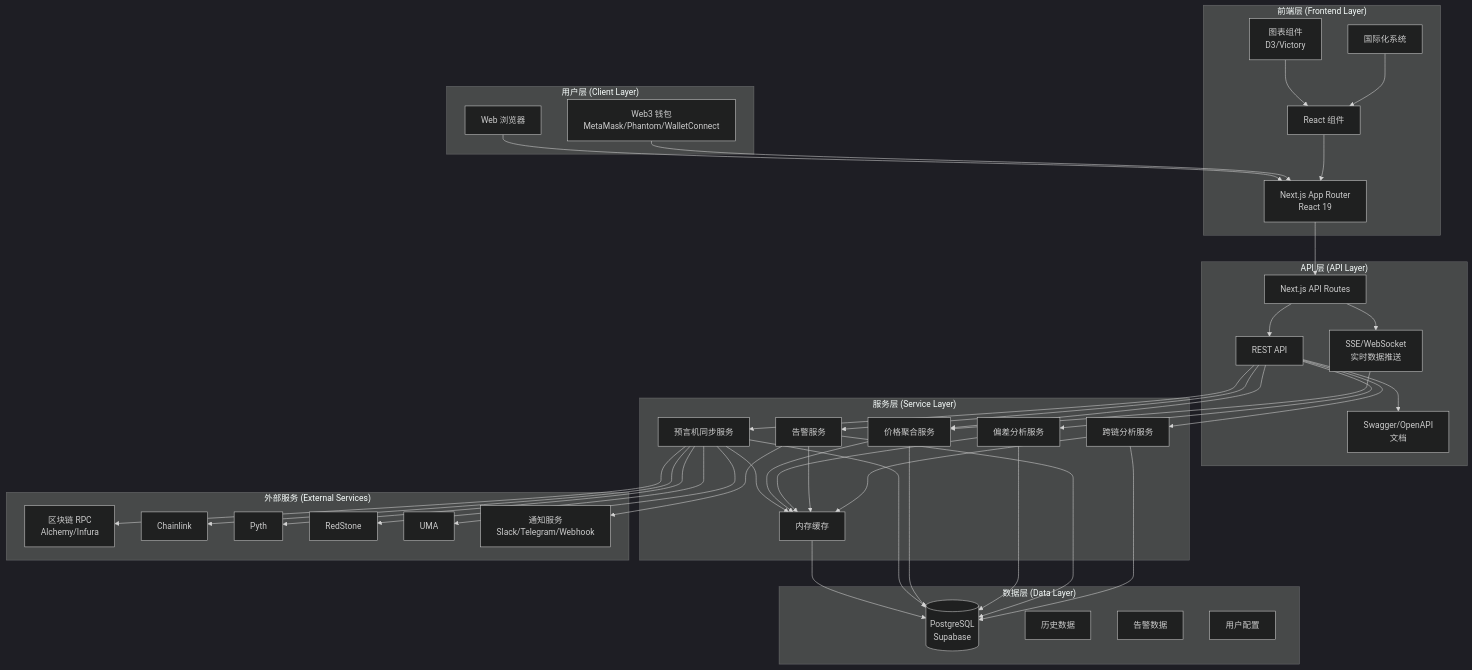
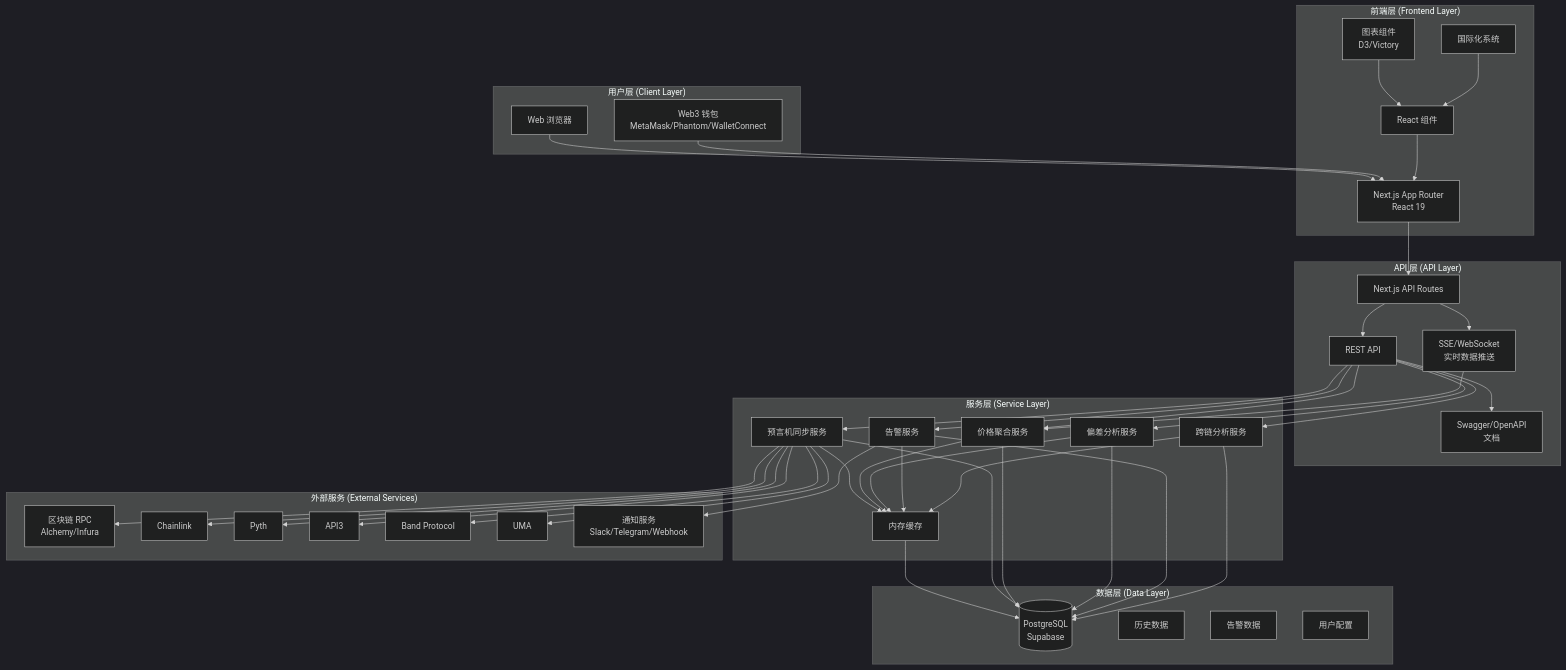
One commit to imokokok/Insight-beta changed the diagram in docs/architecture/overview.md. Above: the diagram before and after it, drawn with Mermaid (dark theme). The commit also changed other lines of this file and 254 other files, not shown here.

```diff
--- a/docs/architecture/overview.md
+++ b/docs/architecture/overview.md
@@ -45,7 +45,8 @@
         RPC[区块链 RPC<br/>Alchemy/Infura]
         Chainlink[Chainlink]
         Pyth[Pyth]
-        RedStone[RedStone]
+        API3[API3]
+        BandProtocol[Band Protocol]
         UMA[UMA]
         Notifications[通知服务<br/>Slack/Telegram/Webhook]
     end
@@ -85,7 +86,8 @@
     OracleSync --> RPC
     OracleSync --> Chainlink
     OracleSync --> Pyth
-    OracleSync --> RedStone
+    OracleSync --> API3
+    OracleSync --> BandProtocol
     OracleSync --> UMA
 
     Alert --> Notifications
```
